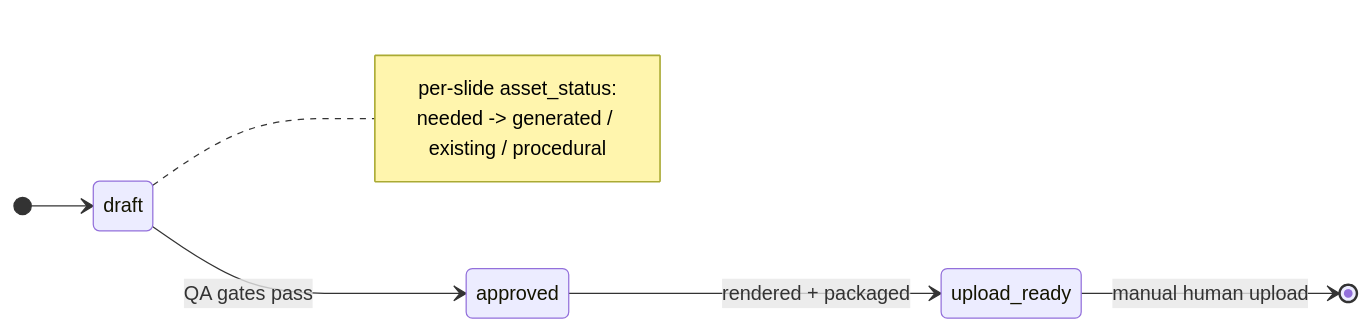
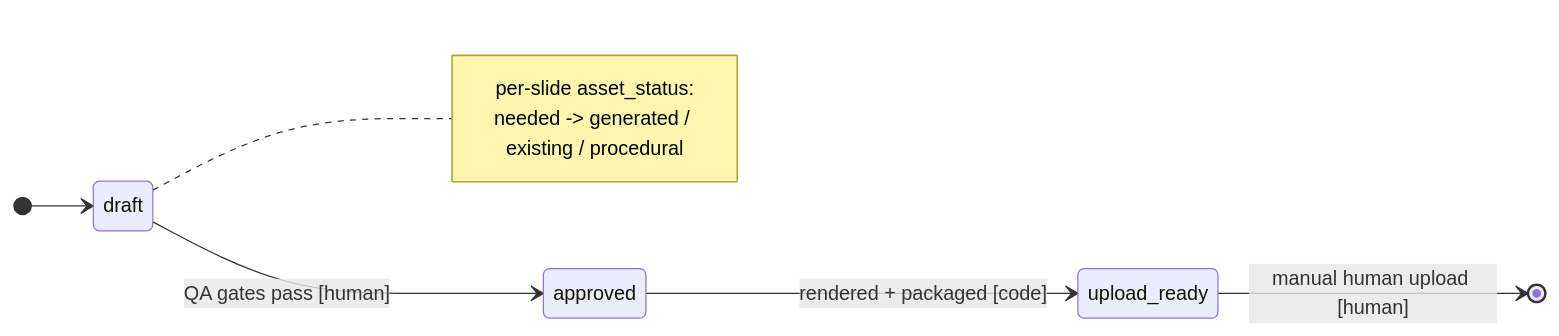
The third of 4 diagrams in renderer/docs/PROJECT_ARCHITECTURE.md (jondmarien/ai-ugc-pipeline), drawn with Mermaid before and after one commit. The commit also changed other lines of this file and 2 other files, not shown here.

First line of the commit message:
docs: annotate all architecture diagrams with [LLM]/[code]/[human]

````diff
--- a/renderer/docs/PROJECT_ARCHITECTURE.md
+++ b/renderer/docs/PROJECT_ARCHITECTURE.md
@@ -198,12 +202,12 @@
 ```mermaid
 stateDiagram-v2
     direction LR
     [*] --> draft
-    draft --> approved : QA gates pass
-    approved --> upload_ready : rendered + packaged
-    upload_ready --> [*] : manual human upload
+    draft --> approved : QA gates pass [human]
+    approved --> upload_ready : rendered + packaged [code]
+    upload_ready --> [*] : manual human upload [human]
     note right of draft
         per-slide asset_status:
         needed -> generated / existing / procedural
     end note
 ```
````
